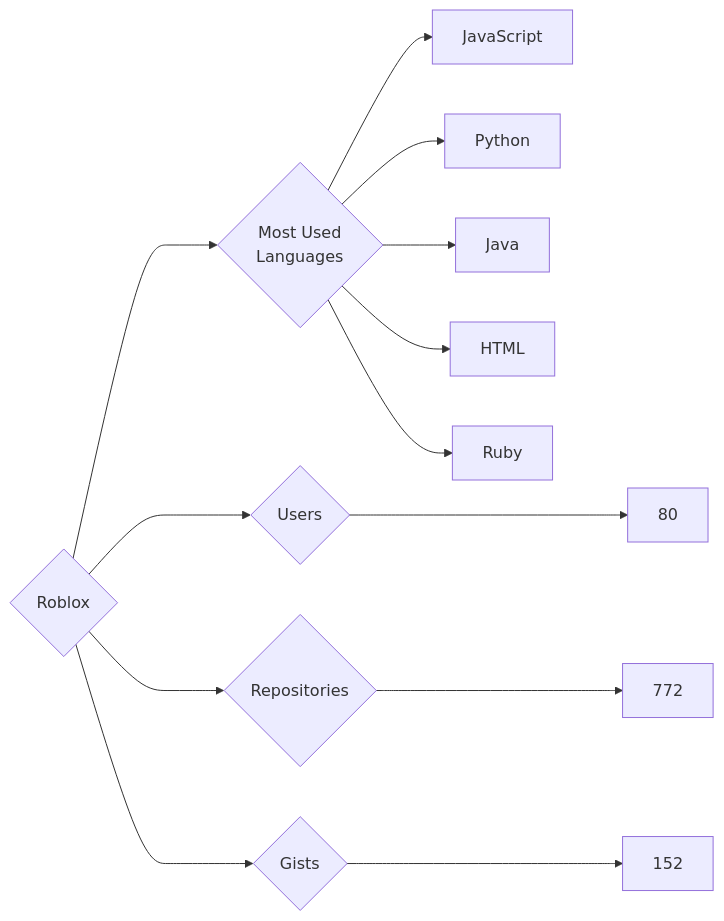
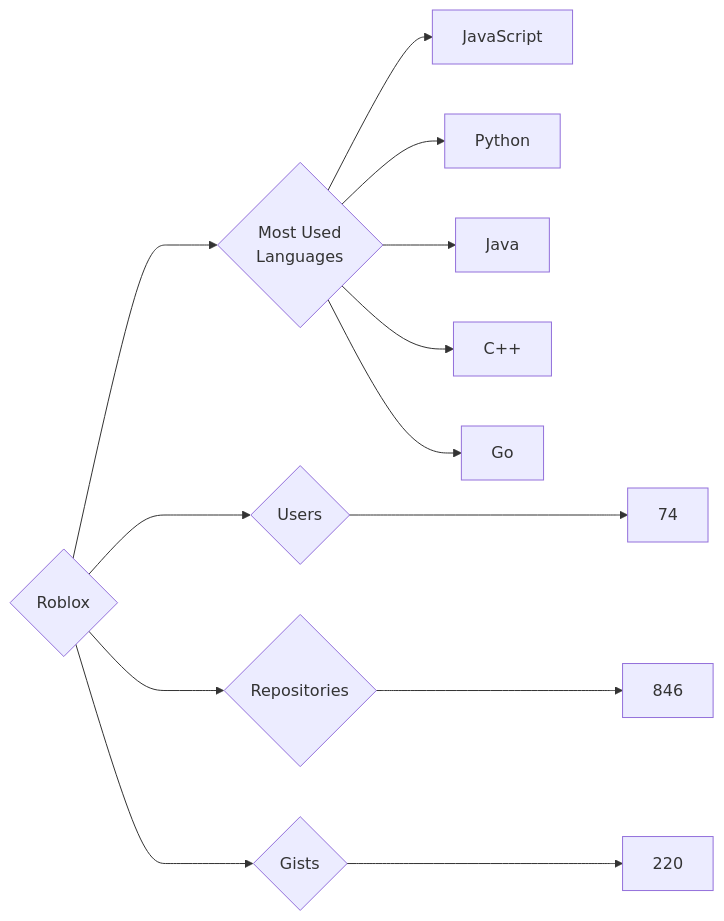
One commit to trickest/insiders changed the diagram in targets/Roblox/README.md. Above: the diagram before and after it, drawn with Mermaid. The commit also changed 833 other files, not shown here.

````diff
--- a/targets/Roblox/README.md
+++ b/targets/Roblox/README.md
@@ -3,13 +3,13 @@
 ```mermaid
 graph LR
 COMPANY_NAME{Roblox}
-COMPANY_NAME ---> U{Users} ---> UN[80]
-COMPANY_NAME ---> R{Repositories} ---> RN[772]
-COMPANY_NAME ---> G{Gists} ---> GN[152]
+COMPANY_NAME ---> U{Users} ---> UN[74]
+COMPANY_NAME ---> R{Repositories} ---> RN[846]
+COMPANY_NAME ---> G{Gists} ---> GN[220]
 COMPANY_NAME ---> ML{Most Used<br>Languages}
 ML --> JavaScript[JavaScript]
 ML --> Python[Python]
 ML --> Java[Java]
-ML --> HTML[HTML]
-ML --> Ruby[Ruby]
+ML --> C++[C++]
+ML --> Go[Go]
 ```
````
